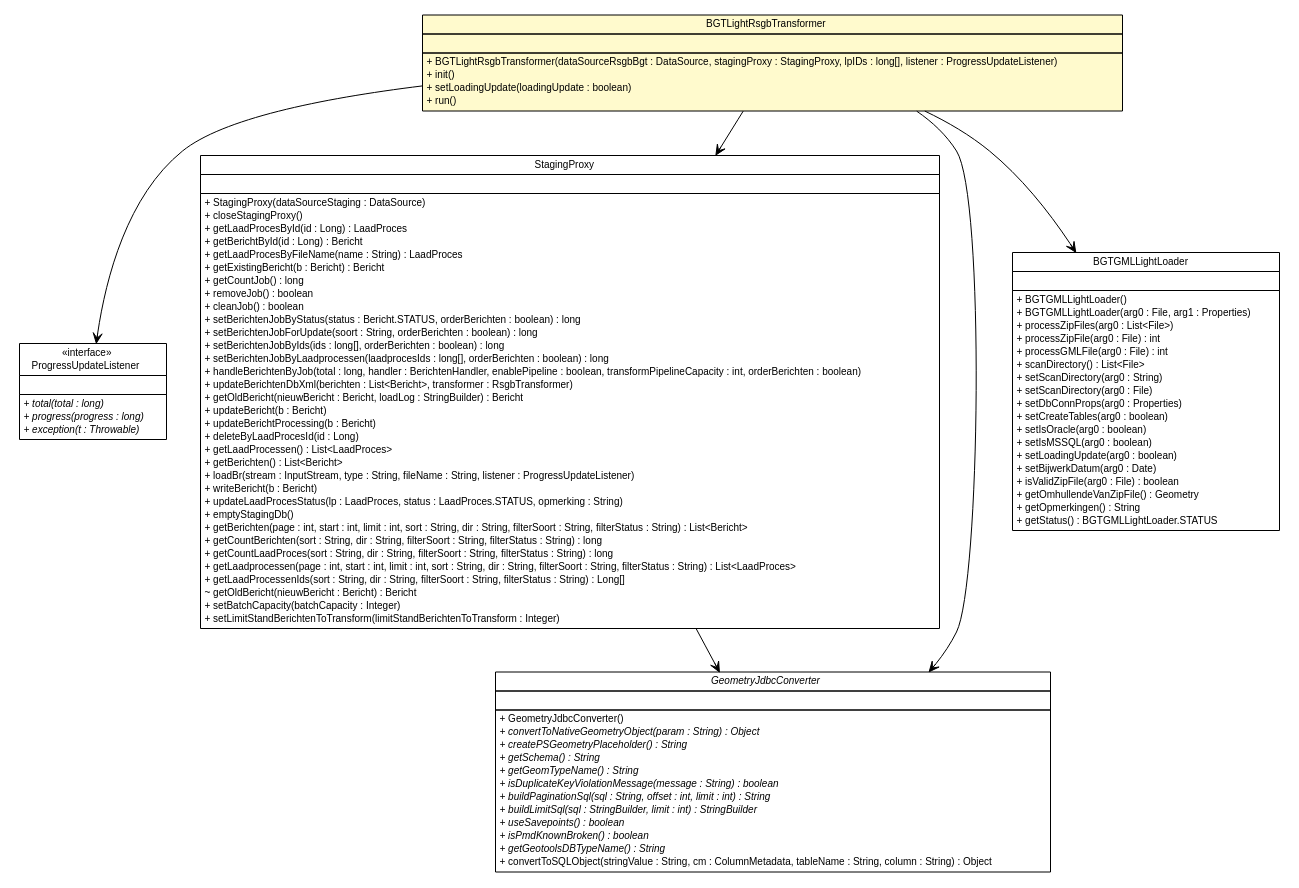
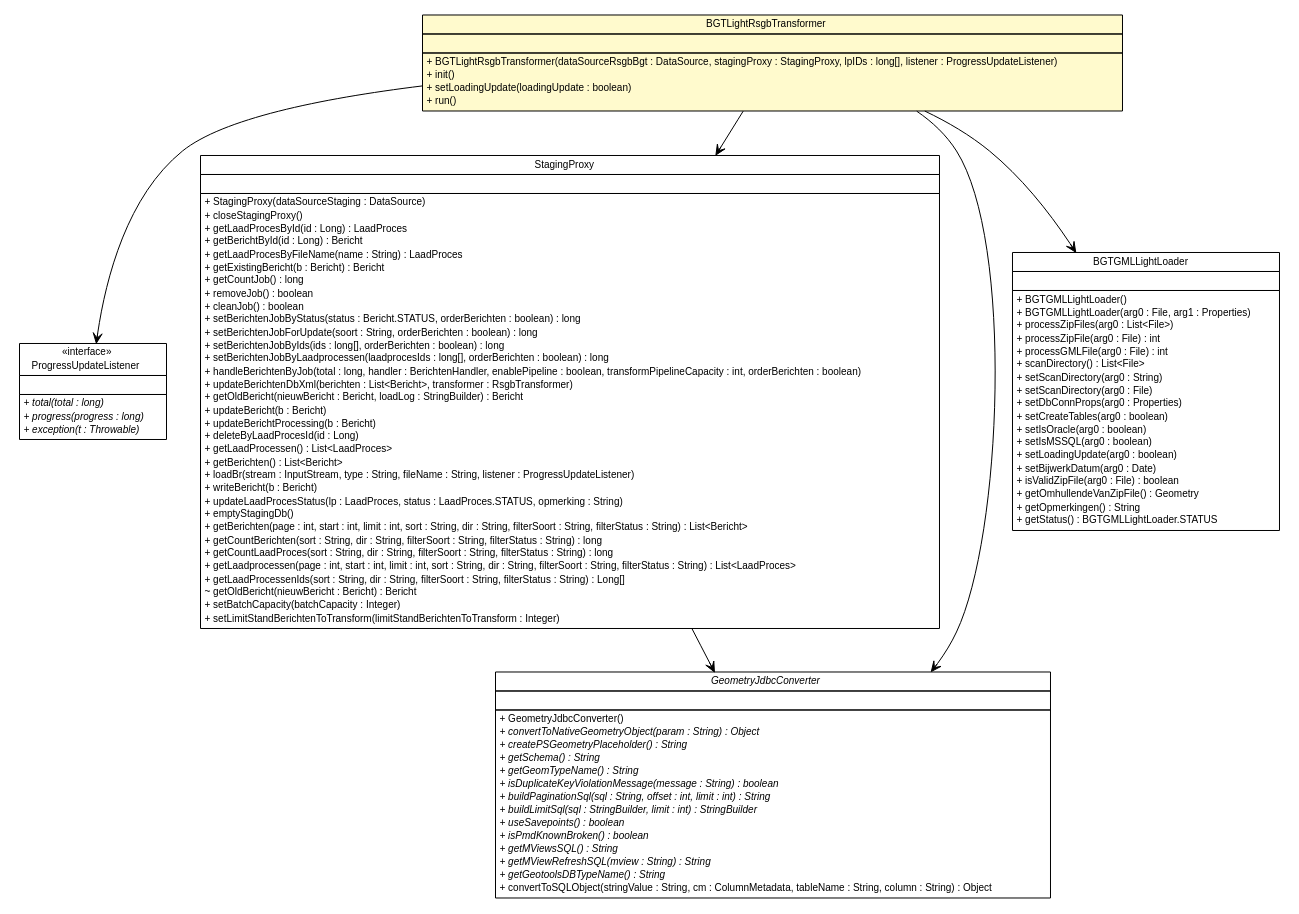
Before and after one commit to B3Partners/brmo: the diagram in brmo-loader/apidocs/nl/b3p/brmo/loader/util/BGTLightRsgbTransformer.dot, drawn with Graphviz. The commit also changed 340 other files, not shown here.

```diff
--- a/brmo-loader/apidocs/nl/b3p/brmo/loader/util/BGTLightRsgbTransformer.dot
+++ b/brmo-loader/apidocs/nl/b3p/brmo/loader/util/BGTLightRsgbTransformer.dot
@@ -1,148 +1,150 @@
 #!/usr/local/bin/dot
 #
 # Class diagram 
 # Generated by UMLGraph version R5_6-24-gf6e263 (http://www.umlgraph.org/)
 #
 
 digraph G {
 	edge [fontname="Helvetica",fontsize=10,labelfontname="Helvetica",labelfontsize=10];
 	node [fontname="Helvetica",fontsize=10,shape=plaintext];
 	nodesep=0.25;
 	ranksep=0.5;
 	// nl.b3p.brmo.loader.util.BGTLightRsgbTransformer
 	c645 [label=<<table title="nl.b3p.brmo.loader.util.BGTLightRsgbTransformer" border="0" cellborder="1" cellspacing="0" cellpadding="2" port="p" bgcolor="lemonChiffon" href="./BGTLightRsgbTransformer.html">
 		<tr><td><table border="0" cellspacing="0" cellpadding="1">
 <tr><td align="center" balign="center"> BGTLightRsgbTransformer </td></tr>
 		</table></td></tr>
 		<tr><td><table border="0" cellspacing="0" cellpadding="1">
 <tr><td align="left" balign="left">  </td></tr>
 		</table></td></tr>
 		<tr><td><table border="0" cellspacing="0" cellpadding="1">
 <tr><td align="left" balign="left"> + BGTLightRsgbTransformer(dataSourceRsgbBgt : DataSource, stagingProxy : StagingProxy, lpIDs : long[], listener : ProgressUpdateListener) </td></tr>
 <tr><td align="left" balign="left"> + init() </td></tr>
 <tr><td align="left" balign="left"> + setLoadingUpdate(loadingUpdate : boolean) </td></tr>
 <tr><td align="left" balign="left"> + run() </td></tr>
 		</table></td></tr>
 		</table>>, URL="./BGTLightRsgbTransformer.html", fontname="Helvetica", fontcolor="black", fontsize=10.0];
 	// nl.b3p.brmo.loader.ProgressUpdateListener
 	c651 [label=<<table title="nl.b3p.brmo.loader.ProgressUpdateListener" border="0" cellborder="1" cellspacing="0" cellpadding="2" port="p" href="../ProgressUpdateListener.html">
 		<tr><td><table border="0" cellspacing="0" cellpadding="1">
 <tr><td align="center" balign="center"> &#171;interface&#187; </td></tr>
 <tr><td align="center" balign="center"> ProgressUpdateListener </td></tr>
 		</table></td></tr>
 		<tr><td><table border="0" cellspacing="0" cellpadding="1">
 <tr><td align="left" balign="left">  </td></tr>
 		</table></td></tr>
 		<tr><td><table border="0" cellspacing="0" cellpadding="1">
 <tr><td align="left" balign="left"><font face="Helvetica-Oblique" point-size="10.0"> + total(total : long) </font></td></tr>
 <tr><td align="left" balign="left"><font face="Helvetica-Oblique" point-size="10.0"> + progress(progress : long) </font></td></tr>
 <tr><td align="left" balign="left"><font face="Helvetica-Oblique" point-size="10.0"> + exception(t : Throwable) </font></td></tr>
 		</table></td></tr>
 		</table>>, URL="../ProgressUpdateListener.html", fontname="Helvetica", fontcolor="black", fontsize=10.0];
 	// nl.b3p.brmo.loader.StagingProxy
 	c652 [label=<<table title="nl.b3p.brmo.loader.StagingProxy" border="0" cellborder="1" cellspacing="0" cellpadding="2" port="p" href="../StagingProxy.html">
 		<tr><td><table border="0" cellspacing="0" cellpadding="1">
 <tr><td align="center" balign="center"> StagingProxy </td></tr>
 		</table></td></tr>
 		<tr><td><table border="0" cellspacing="0" cellpadding="1">
 <tr><td align="left" balign="left">  </td></tr>
 		</table></td></tr>
 		<tr><td><table border="0" cellspacing="0" cellpadding="1">
 <tr><td align="left" balign="left"> + StagingProxy(dataSourceStaging : DataSource) </td></tr>
 <tr><td align="left" balign="left"> + closeStagingProxy() </td></tr>
 <tr><td align="left" balign="left"> + getLaadProcesById(id : Long) : LaadProces </td></tr>
 <tr><td align="left" balign="left"> + getBerichtById(id : Long) : Bericht </td></tr>
 <tr><td align="left" balign="left"> + getLaadProcesByFileName(name : String) : LaadProces </td></tr>
 <tr><td align="left" balign="left"> + getExistingBericht(b : Bericht) : Bericht </td></tr>
 <tr><td align="left" balign="left"> + getCountJob() : long </td></tr>
 <tr><td align="left" balign="left"> + removeJob() : boolean </td></tr>
 <tr><td align="left" balign="left"> + cleanJob() : boolean </td></tr>
 <tr><td align="left" balign="left"> + setBerichtenJobByStatus(status : Bericht.STATUS, orderBerichten : boolean) : long </td></tr>
 <tr><td align="left" balign="left"> + setBerichtenJobForUpdate(soort : String, orderBerichten : boolean) : long </td></tr>
 <tr><td align="left" balign="left"> + setBerichtenJobByIds(ids : long[], orderBerichten : boolean) : long </td></tr>
 <tr><td align="left" balign="left"> + setBerichtenJobByLaadprocessen(laadprocesIds : long[], orderBerichten : boolean) : long </td></tr>
 <tr><td align="left" balign="left"> + handleBerichtenByJob(total : long, handler : BerichtenHandler, enablePipeline : boolean, transformPipelineCapacity : int, orderBerichten : boolean) </td></tr>
 <tr><td align="left" balign="left"> + updateBerichtenDbXml(berichten : List&lt;Bericht&gt;, transformer : RsgbTransformer) </td></tr>
 <tr><td align="left" balign="left"> + getOldBericht(nieuwBericht : Bericht, loadLog : StringBuilder) : Bericht </td></tr>
 <tr><td align="left" balign="left"> + updateBericht(b : Bericht) </td></tr>
 <tr><td align="left" balign="left"> + updateBerichtProcessing(b : Bericht) </td></tr>
 <tr><td align="left" balign="left"> + deleteByLaadProcesId(id : Long) </td></tr>
 <tr><td align="left" balign="left"> + getLaadProcessen() : List&lt;LaadProces&gt; </td></tr>
 <tr><td align="left" balign="left"> + getBerichten() : List&lt;Bericht&gt; </td></tr>
 <tr><td align="left" balign="left"> + loadBr(stream : InputStream, type : String, fileName : String, listener : ProgressUpdateListener) </td></tr>
 <tr><td align="left" balign="left"> + writeBericht(b : Bericht) </td></tr>
 <tr><td align="left" balign="left"> + updateLaadProcesStatus(lp : LaadProces, status : LaadProces.STATUS, opmerking : String) </td></tr>
 <tr><td align="left" balign="left"> + emptyStagingDb() </td></tr>
 <tr><td align="left" balign="left"> + getBerichten(page : int, start : int, limit : int, sort : String, dir : String, filterSoort : String, filterStatus : String) : List&lt;Bericht&gt; </td></tr>
 <tr><td align="left" balign="left"> + getCountBerichten(sort : String, dir : String, filterSoort : String, filterStatus : String) : long </td></tr>
 <tr><td align="left" balign="left"> + getCountLaadProces(sort : String, dir : String, filterSoort : String, filterStatus : String) : long </td></tr>
 <tr><td align="left" balign="left"> + getLaadprocessen(page : int, start : int, limit : int, sort : String, dir : String, filterSoort : String, filterStatus : String) : List&lt;LaadProces&gt; </td></tr>
 <tr><td align="left" balign="left"> + getLaadProcessenIds(sort : String, dir : String, filterSoort : String, filterStatus : String) : Long[] </td></tr>
 <tr><td align="left" balign="left"> ~ getOldBericht(nieuwBericht : Bericht) : Bericht </td></tr>
 <tr><td align="left" balign="left"> + setBatchCapacity(batchCapacity : Integer) </td></tr>
 <tr><td align="left" balign="left"> + setLimitStandBerichtenToTransform(limitStandBerichtenToTransform : Integer) </td></tr>
 		</table></td></tr>
 		</table>>, URL="../StagingProxy.html", fontname="Helvetica", fontcolor="black", fontsize=10.0];
 	// nl.b3p.brmo.loader.jdbc.GeometryJdbcConverter
 	c671 [label=<<table title="nl.b3p.brmo.loader.jdbc.GeometryJdbcConverter" border="0" cellborder="1" cellspacing="0" cellpadding="2" port="p" href="../jdbc/GeometryJdbcConverter.html">
 		<tr><td><table border="0" cellspacing="0" cellpadding="1">
 <tr><td align="center" balign="center"><font face="Helvetica-Oblique"> GeometryJdbcConverter </font></td></tr>
 		</table></td></tr>
 		<tr><td><table border="0" cellspacing="0" cellpadding="1">
 <tr><td align="left" balign="left">  </td></tr>
 		</table></td></tr>
 		<tr><td><table border="0" cellspacing="0" cellpadding="1">
 <tr><td align="left" balign="left"> + GeometryJdbcConverter() </td></tr>
 <tr><td align="left" balign="left"><font face="Helvetica-Oblique" point-size="10.0"> + convertToNativeGeometryObject(param : String) : Object </font></td></tr>
 <tr><td align="left" balign="left"><font face="Helvetica-Oblique" point-size="10.0"> + createPSGeometryPlaceholder() : String </font></td></tr>
 <tr><td align="left" balign="left"><font face="Helvetica-Oblique" point-size="10.0"> + getSchema() : String </font></td></tr>
 <tr><td align="left" balign="left"><font face="Helvetica-Oblique" point-size="10.0"> + getGeomTypeName() : String </font></td></tr>
 <tr><td align="left" balign="left"><font face="Helvetica-Oblique" point-size="10.0"> + isDuplicateKeyViolationMessage(message : String) : boolean </font></td></tr>
 <tr><td align="left" balign="left"><font face="Helvetica-Oblique" point-size="10.0"> + buildPaginationSql(sql : String, offset : int, limit : int) : String </font></td></tr>
 <tr><td align="left" balign="left"><font face="Helvetica-Oblique" point-size="10.0"> + buildLimitSql(sql : StringBuilder, limit : int) : StringBuilder </font></td></tr>
 <tr><td align="left" balign="left"><font face="Helvetica-Oblique" point-size="10.0"> + useSavepoints() : boolean </font></td></tr>
 <tr><td align="left" balign="left"><font face="Helvetica-Oblique" point-size="10.0"> + isPmdKnownBroken() : boolean </font></td></tr>
+<tr><td align="left" balign="left"><font face="Helvetica-Oblique" point-size="10.0"> + getMViewsSQL() : String </font></td></tr>
+<tr><td align="left" balign="left"><font face="Helvetica-Oblique" point-size="10.0"> + getMViewRefreshSQL(mview : String) : String </font></td></tr>
 <tr><td align="left" balign="left"><font face="Helvetica-Oblique" point-size="10.0"> + getGeotoolsDBTypeName() : String </font></td></tr>
 <tr><td align="left" balign="left"> + convertToSQLObject(stringValue : String, cm : ColumnMetadata, tableName : String, column : String) : Object </td></tr>
 		</table></td></tr>
 		</table>>, URL="../jdbc/GeometryJdbcConverter.html", fontname="Helvetica", fontcolor="black", fontsize=10.0];
 	// nl.b3p.brmo.loader.util.BGTLightRsgbTransformer NAVASSOC nl.b3p.brmo.loader.StagingProxy
 	c645:p -> c652:p [taillabel="", label="", headlabel="", fontname="Helvetica", fontcolor="black", fontsize=10.0, color="black", arrowhead=open];
 	// nl.b3p.brmo.loader.util.BGTLightRsgbTransformer NAVASSOC nl.b3p.brmo.loader.ProgressUpdateListener
 	c645:p -> c651:p [taillabel="", label="", headlabel="", fontname="Helvetica", fontcolor="black", fontsize=10.0, color="black", arrowhead=open];
 	// nl.b3p.brmo.loader.util.BGTLightRsgbTransformer NAVASSOC nl.b3p.brmo.loader.jdbc.GeometryJdbcConverter
 	c645:p -> c671:p [taillabel="", label="", headlabel="", fontname="Helvetica", fontcolor="black", fontsize=10.0, color="black", arrowhead=open];
 	// nl.b3p.brmo.loader.util.BGTLightRsgbTransformer NAVASSOC nl.b3p.brmo.loader.gml.BGTGMLLightLoader
 	c645:p -> c684:p [taillabel="", label="", headlabel="", fontname="Helvetica", fontcolor="black", fontsize=10.0, color="black", arrowhead=open];
 	// nl.b3p.brmo.loader.StagingProxy NAVASSOC nl.b3p.brmo.loader.jdbc.GeometryJdbcConverter
 	c652:p -> c671:p [taillabel="", label="", headlabel="", fontname="Helvetica", fontcolor="black", fontsize=10.0, color="black", arrowhead=open];
 	// nl.b3p.brmo.loader.gml.BGTGMLLightLoader
 	c684 [label=<<table title="nl.b3p.brmo.loader.gml.BGTGMLLightLoader" border="0" cellborder="1" cellspacing="0" cellpadding="2" port="p">
 		<tr><td><table border="0" cellspacing="0" cellpadding="1">
 <tr><td align="center" balign="center"> BGTGMLLightLoader </td></tr>
 		</table></td></tr>
 		<tr><td><table border="0" cellspacing="0" cellpadding="1">
 <tr><td align="left" balign="left">  </td></tr>
 		</table></td></tr>
 		<tr><td><table border="0" cellspacing="0" cellpadding="1">
 <tr><td align="left" balign="left"> + BGTGMLLightLoader() </td></tr>
 <tr><td align="left" balign="left"> + BGTGMLLightLoader(arg0 : File, arg1 : Properties) </td></tr>
 <tr><td align="left" balign="left"> + processZipFiles(arg0 : List&lt;File&gt;) </td></tr>
 <tr><td align="left" balign="left"> + processZipFile(arg0 : File) : int </td></tr>
 <tr><td align="left" balign="left"> + processGMLFile(arg0 : File) : int </td></tr>
 <tr><td align="left" balign="left"> + scanDirectory() : List&lt;File&gt; </td></tr>
 <tr><td align="left" balign="left"> + setScanDirectory(arg0 : String) </td></tr>
 <tr><td align="left" balign="left"> + setScanDirectory(arg0 : File) </td></tr>
 <tr><td align="left" balign="left"> + setDbConnProps(arg0 : Properties) </td></tr>
 <tr><td align="left" balign="left"> + setCreateTables(arg0 : boolean) </td></tr>
 <tr><td align="left" balign="left"> + setIsOracle(arg0 : boolean) </td></tr>
 <tr><td align="left" balign="left"> + setIsMSSQL(arg0 : boolean) </td></tr>
 <tr><td align="left" balign="left"> + setLoadingUpdate(arg0 : boolean) </td></tr>
 <tr><td align="left" balign="left"> + setBijwerkDatum(arg0 : Date) </td></tr>
 <tr><td align="left" balign="left"> + isValidZipFile(arg0 : File) : boolean </td></tr>
 <tr><td align="left" balign="left"> + getOmhullendeVanZipFile() : Geometry </td></tr>
 <tr><td align="left" balign="left"> + getOpmerkingen() : String </td></tr>
 <tr><td align="left" balign="left"> + getStatus() : BGTGMLLightLoader.STATUS </td></tr>
 		</table></td></tr>
 		</table>>, URL="null", fontname="Helvetica", fontcolor="black", fontsize=10.0];
 }
```
